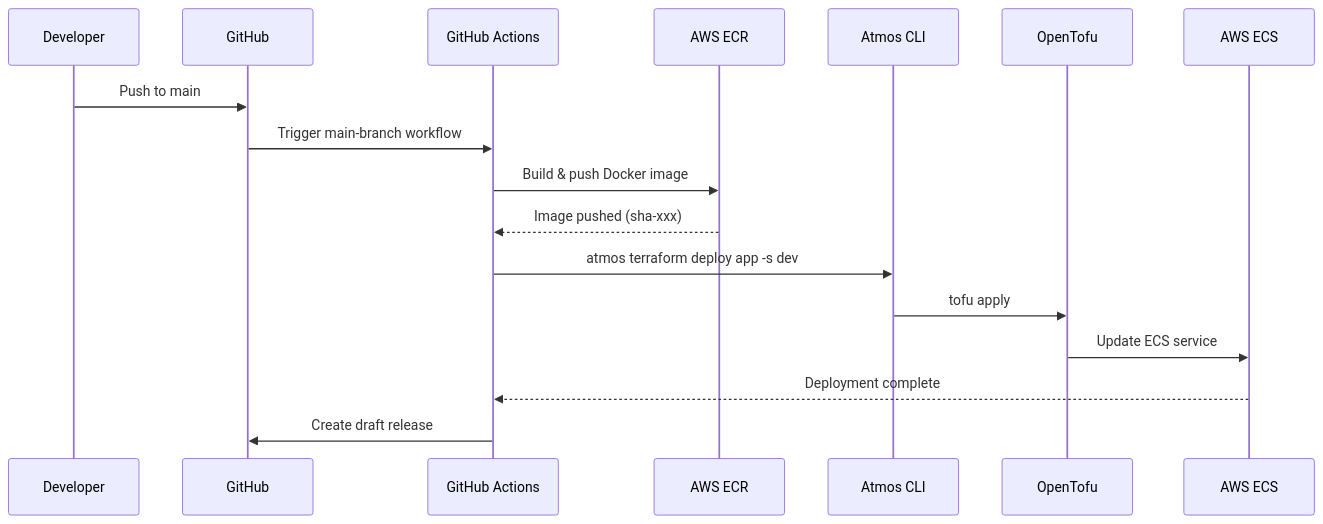
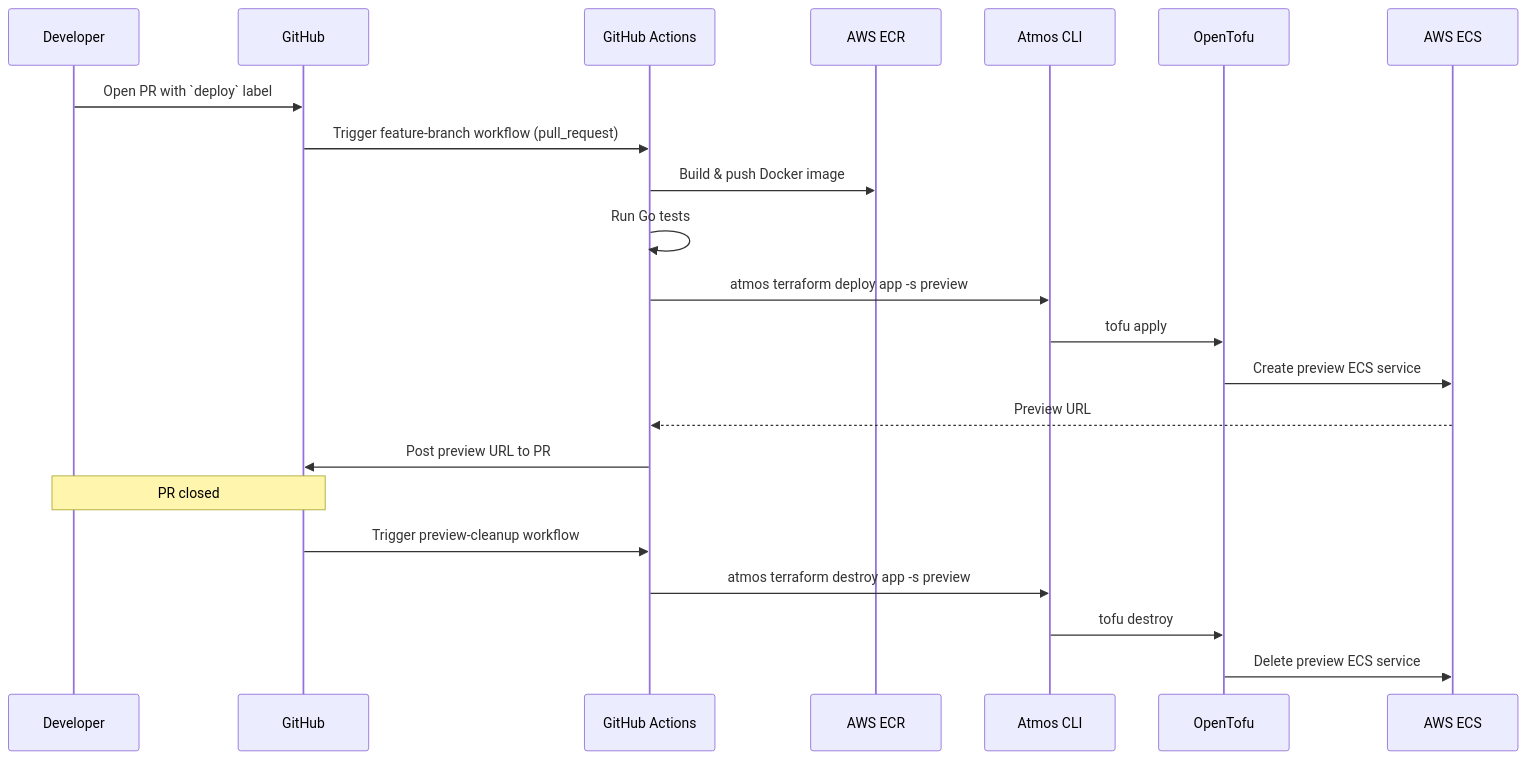
The second of 5 diagrams in .github/workflows/README.md (cloudposse-examples/atmos-native-ci), drawn with Mermaid before and after one commit. The commit also changed other lines of this file and 6 other files, not shown here.

First line of the commit message:
Refactor pipelines for merge-queue dev deploy and rollback-capable release (#47)

````diff
--- a/.github/workflows/README.md
+++ b/.github/workflows/README.md
@@ -16,20 +74,25 @@
 ```mermaid
 sequenceDiagram
     participant Dev as Developer
     participant GH as GitHub
     participant GA as GitHub Actions
     participant ECR as AWS ECR
     participant Atmos as Atmos CLI
     participant TF as OpenTofu
     participant ECS as AWS ECS
 
-    Dev->>GH: Push to main
-    GH->>GA: Trigger main-branch workflow
+    Dev->>GH: Open PR with `deploy` label
+    GH->>GA: Trigger feature-branch workflow (pull_request)
     GA->>ECR: Build & push Docker image
-    ECR-->>GA: Image pushed (sha-xxx)
-    GA->>Atmos: atmos terraform deploy app -s dev
+    GA->>GA: Run Go tests
+    GA->>Atmos: atmos terraform deploy app -s preview
     Atmos->>TF: tofu apply
-    TF->>ECS: Update ECS service
-    ECS-->>GA: Deployment complete
-    GA->>GH: Create draft release
+    TF->>ECS: Create preview ECS service
+    ECS-->>GA: Preview URL
+    GA->>GH: Post preview URL to PR
+    Note over Dev,GH: PR closed
+    GH->>GA: Trigger preview-cleanup workflow
+    GA->>Atmos: atmos terraform destroy app -s preview
+    Atmos->>TF: tofu destroy
+    TF->>ECS: Delete preview ECS service
 ```
````
